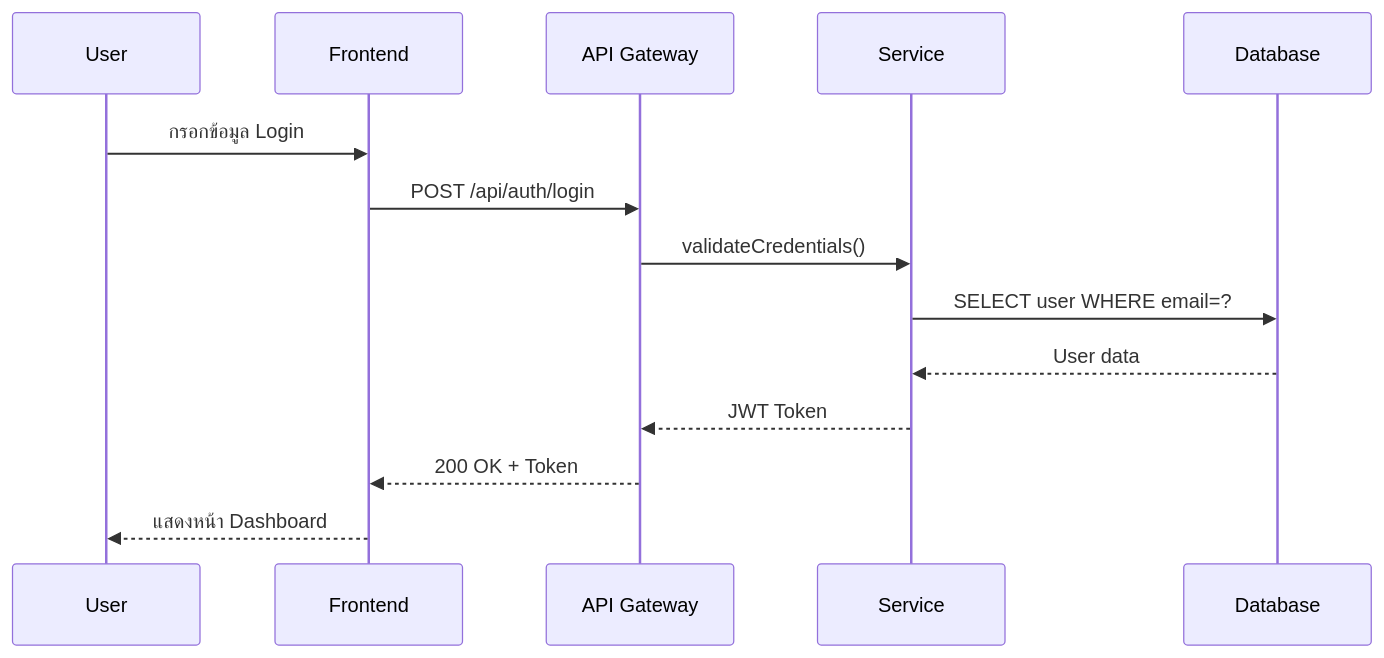
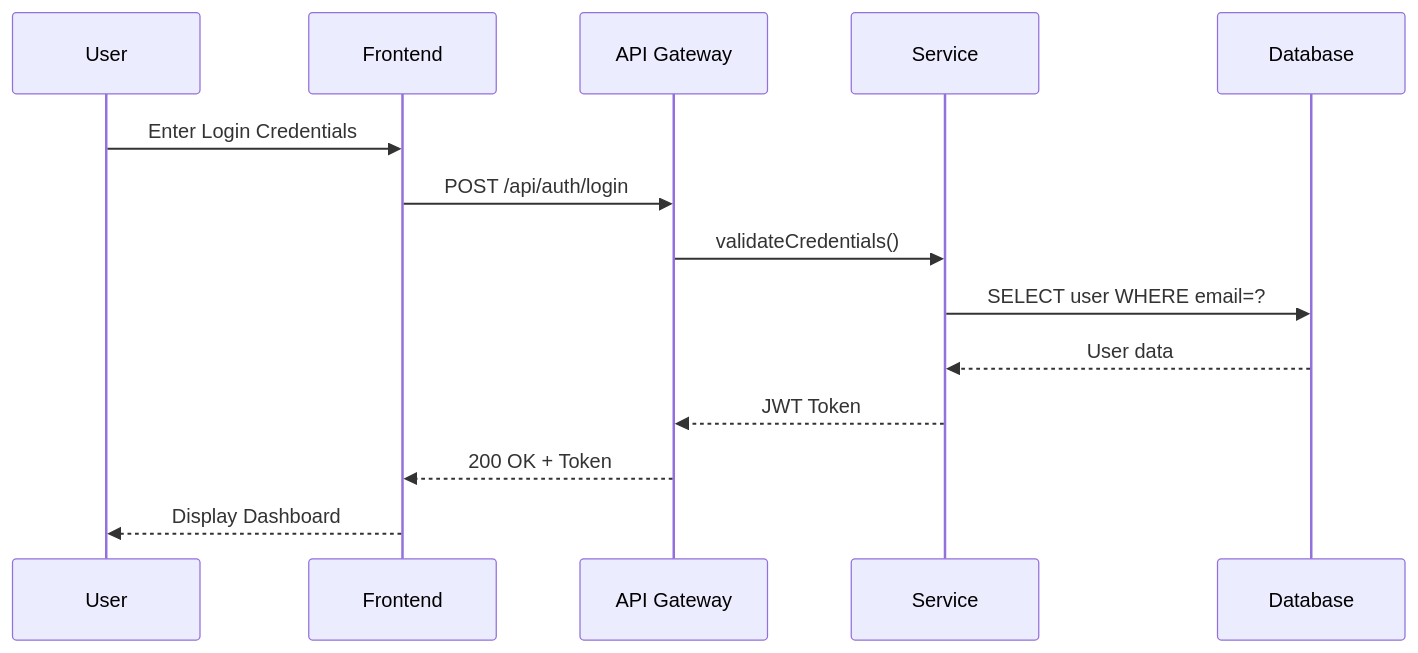
The seventh of 13 diagrams in plugins/system-design-doc/commands/create-diagram.md (mounchons/AgentMarketPlace), drawn with Mermaid before and after one commit. The commit also changed other lines of this file and 51 other files, not shown here.

````diff
--- a/plugins/system-design-doc/commands/create-diagram.md
+++ b/plugins/system-design-doc/commands/create-diagram.md
@@ -186,17 +186,17 @@
 ```mermaid
 sequenceDiagram
     participant U as User
     participant F as Frontend
     participant A as API Gateway
     participant S as Service
     participant D as Database
 
-    U->>F: กรอกข้อมูล Login
+    U->>F: Enter Login Credentials
     F->>A: POST /api/auth/login
     A->>S: validateCredentials()
     S->>D: SELECT user WHERE email=?
     D-->>S: User data
     S-->>A: JWT Token
     A-->>F: 200 OK + Token
-    F-->>U: แสดงหน้า Dashboard
+    F-->>U: Display Dashboard
 ```
````
